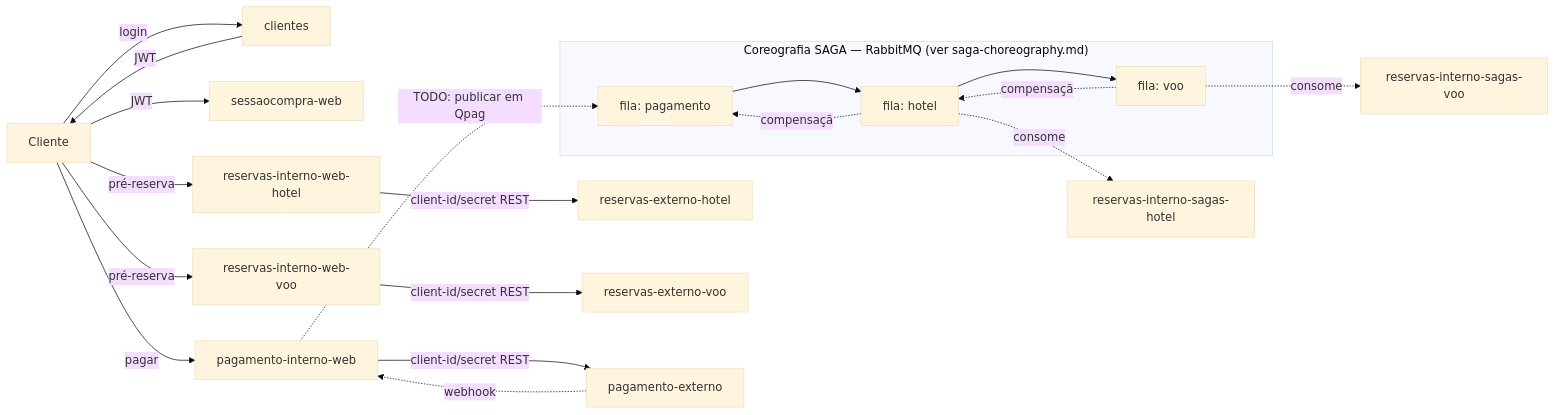
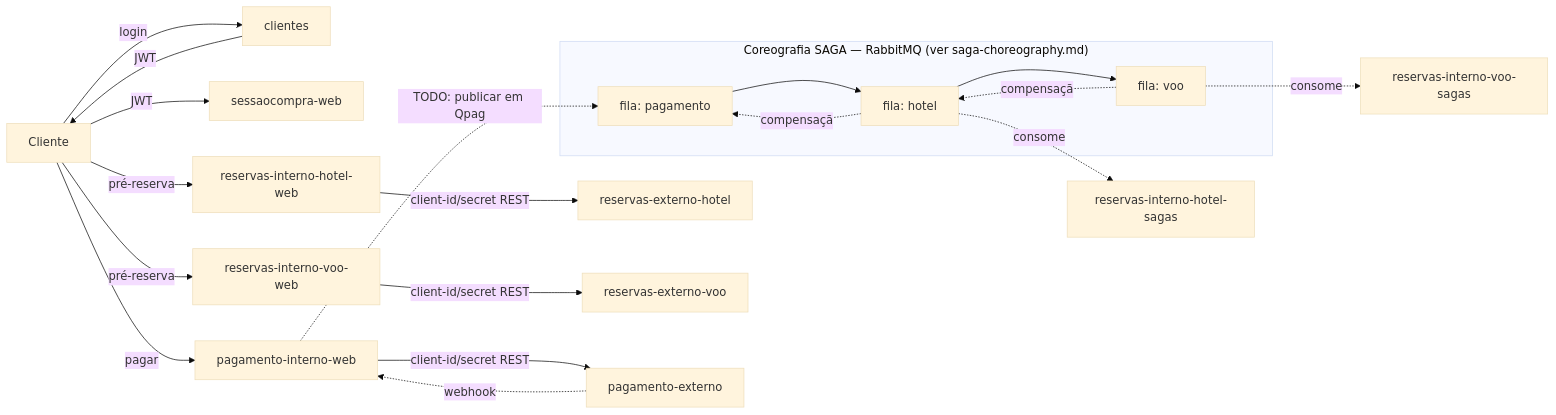
One commit to EdyKnopfler/estudo-arquitetura-monorepo changed the diagram in docs/architecture-overview.md. Above: the diagram before and after it, drawn with Mermaid (base theme). The commit also changed other lines of this file and 70 other files, not shown here.

Commit message:
O GRANDE REFACTOR PARTE #1: acabando com a separação e o excesso de módulos com ajuda do Claudinho -- começando pelo *Reservas Interno*

````diff
--- a/docs/architecture-overview.md
+++ b/docs/architecture-overview.md
@@ -47,24 +53,24 @@
 ```mermaid
 flowchart LR
   C[Cliente] -->|login| clientes
   clientes -->|JWT| C
   C -->|JWT| sessaocompra-web
-  C -->|pré-reserva| reservas-interno-web-hotel
-  C -->|pré-reserva| reservas-interno-web-voo
-  reservas-interno-web-hotel -->|client-id/secret REST| reservas-externo-hotel
-  reservas-interno-web-voo -->|client-id/secret REST| reservas-externo-voo
+  C -->|pré-reserva| reservas-interno-hotel-web
+  C -->|pré-reserva| reservas-interno-voo-web
+  reservas-interno-hotel-web -->|client-id/secret REST| reservas-externo-hotel
+  reservas-interno-voo-web -->|client-id/secret REST| reservas-externo-voo
   C -->|pagar| pagamento-interno-web
   pagamento-interno-web -->|client-id/secret REST| pagamento-externo
   pagamento-externo -.webhook.-> pagamento-interno-web
 
   subgraph SAGA["Coreografia SAGA — RabbitMQ (ver saga-choreography.md)"]
     Qpag[fila: pagamento] --> Qhotel[fila: hotel]
     Qhotel --> Qvoo[fila: voo]
     Qvoo -.compensação.-> Qhotel
     Qhotel -.compensação.-> Qpag
   end
 
   pagamento-interno-web -.TODO: publicar em Qpag.-> Qpag
-  Qhotel -.consome.-> reservas-interno-sagas-hotel
-  Qvoo -.consome.-> reservas-interno-sagas-voo
+  Qhotel -.consome.-> reservas-interno-hotel-sagas
+  Qvoo -.consome.-> reservas-interno-voo-sagas
 ```
````
